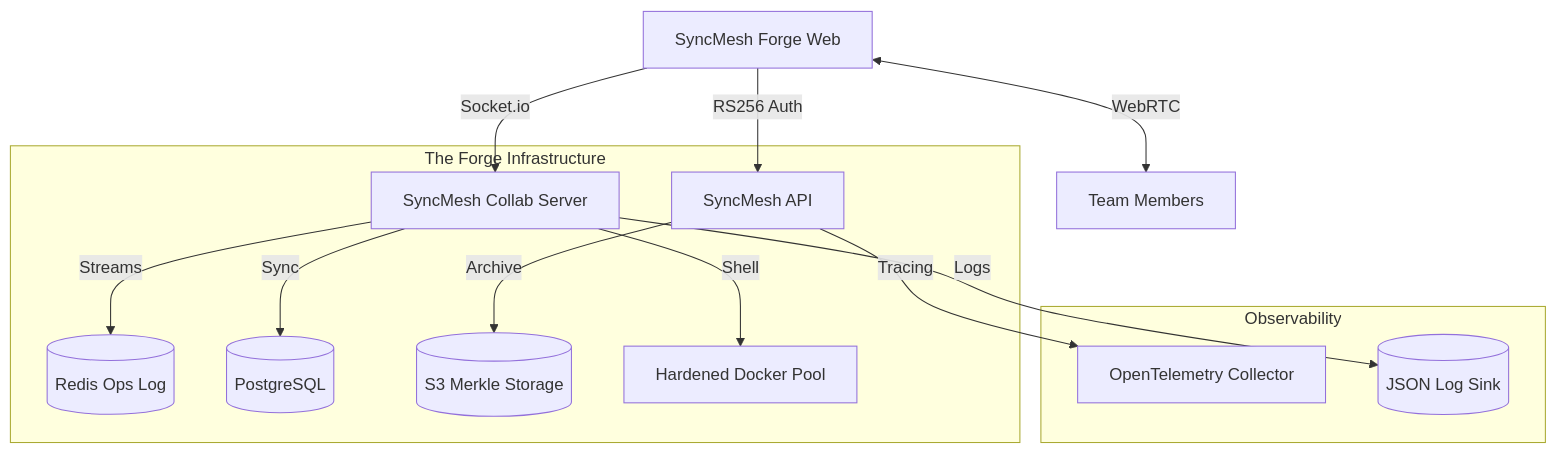
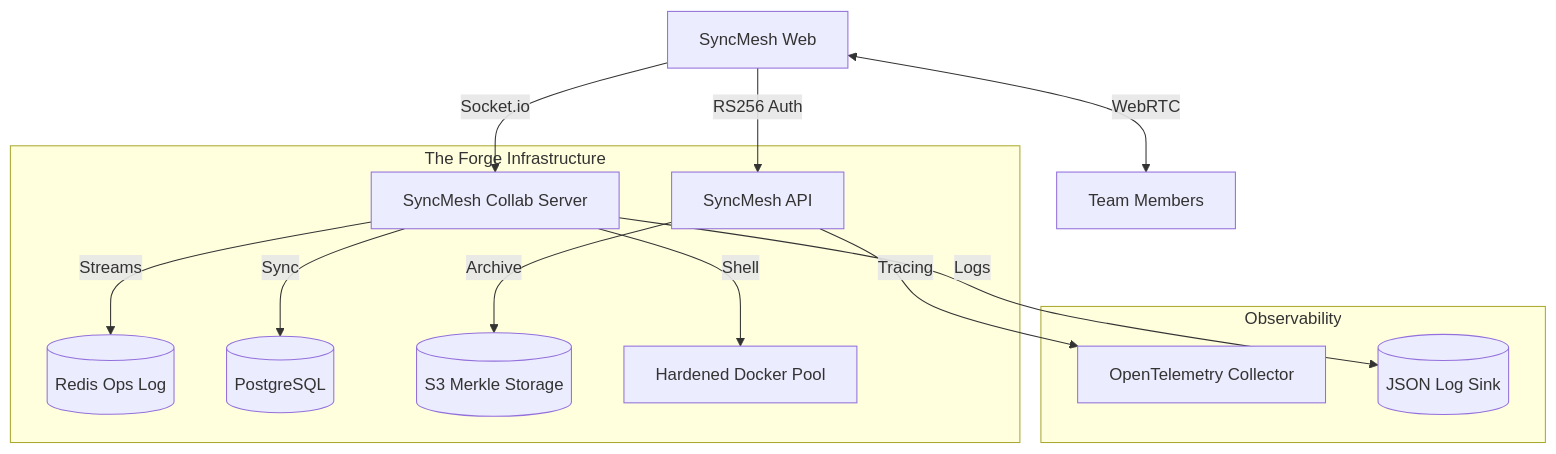
The diagram in README.md (syedmukheeth/DevCollab), drawn with Mermaid before and after one commit. The commit also changed other lines of this file and 13 other files, not shown here.

Commit message:
chore: Apply final SyncMesh branding (drop 'Forge')

````diff
--- a/README.md
+++ b/README.md
@@ -42,18 +42,18 @@
 ```mermaid
 graph TD
-    Client[SyncMesh Forge Web] -->|RS256 Auth| API[SyncMesh API]
+    Client[SyncMesh Web] -->|RS256 Auth| API[SyncMesh API]
     Client -->|Socket.io| CollabServer[SyncMesh Collab Server]
     Client <-->|WebRTC| Peers[Team Members]
     
     subgraph "The Forge Infrastructure"
         CollabServer -->|Streams| Redis[(Redis Ops Log)]
         CollabServer -->|Sync| DocDB[(PostgreSQL)]
         API -->|Archive| S3[(S3 Merkle Storage)]
         CollabServer -->|Shell| Sandbox[Hardened Docker Pool]
     end
     
     subgraph "Observability"
         API -->|Tracing| OTEL[OpenTelemetry Collector]
         CollabServer -->|Logs| Winston[(JSON Log Sink)]
     end
 ```
````
